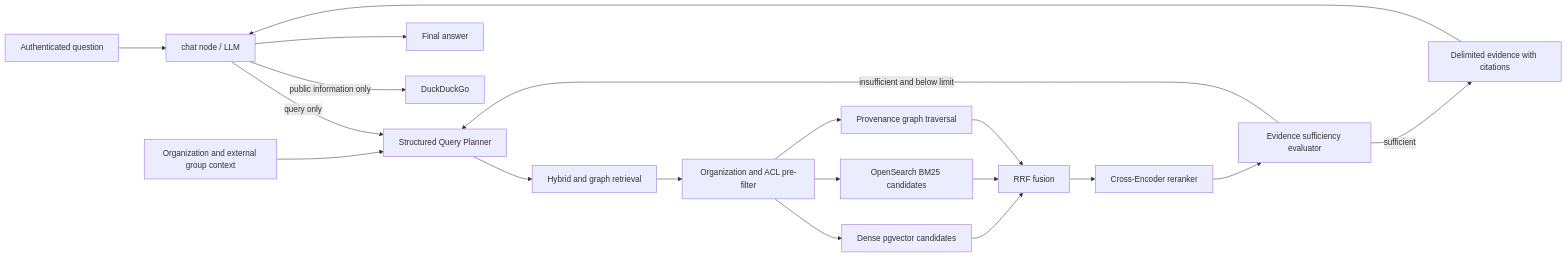
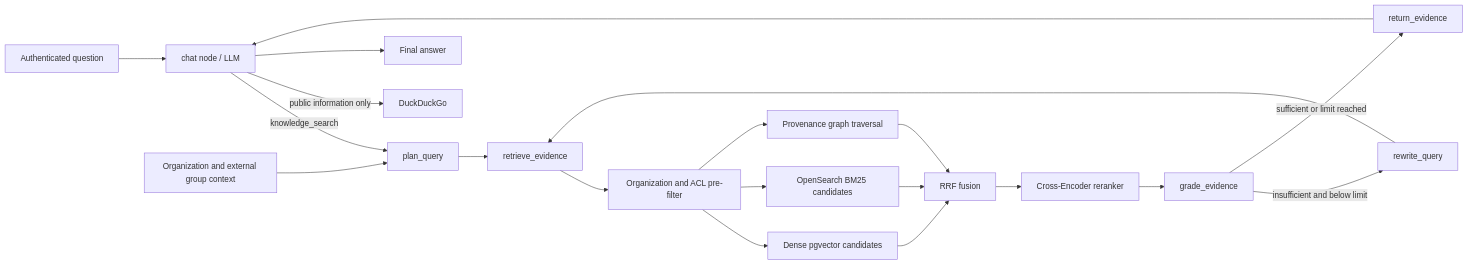
Before and after one commit to Vanisfor/QAagent: the diagram in docs/rag.md, drawn with Mermaid. The commit also changed other lines of this file and 7 other files, not shown here.

````diff
--- a/docs/rag.md
+++ b/docs/rag.md
@@ -16,21 +16,22 @@
 ```mermaid
 flowchart LR
     U[Authenticated question] --> C[chat node / LLM]
-    C -->|query only| P[Structured Query Planner]
+    C -->|knowledge_search| P[plan_query]
     A[Organization and external group context] --> P
-    P --> K[Hybrid and graph retrieval]
+    P --> K[retrieve_evidence]
     K --> F[Organization and ACL pre-filter]
     F --> D[Dense pgvector candidates]
     F --> L[OpenSearch BM25 candidates]
     F --> G[Provenance graph traversal]
     D --> R[RRF fusion]
     L --> R
     G --> R
     R --> X[Cross-Encoder reranker]
-    X --> V[Evidence sufficiency evaluator]
-    V -->|insufficient and below limit| P
-    V -->|sufficient| E[Delimited evidence with citations]
+    X --> V[grade_evidence]
+    V -->|insufficient and below limit| Q[rewrite_query]
+    Q --> K
+    V -->|sufficient or limit reached| E[return_evidence]
     E --> C
     C -->|public information only| W[DuckDuckGo]
     C --> O[Final answer]
 ```
````
